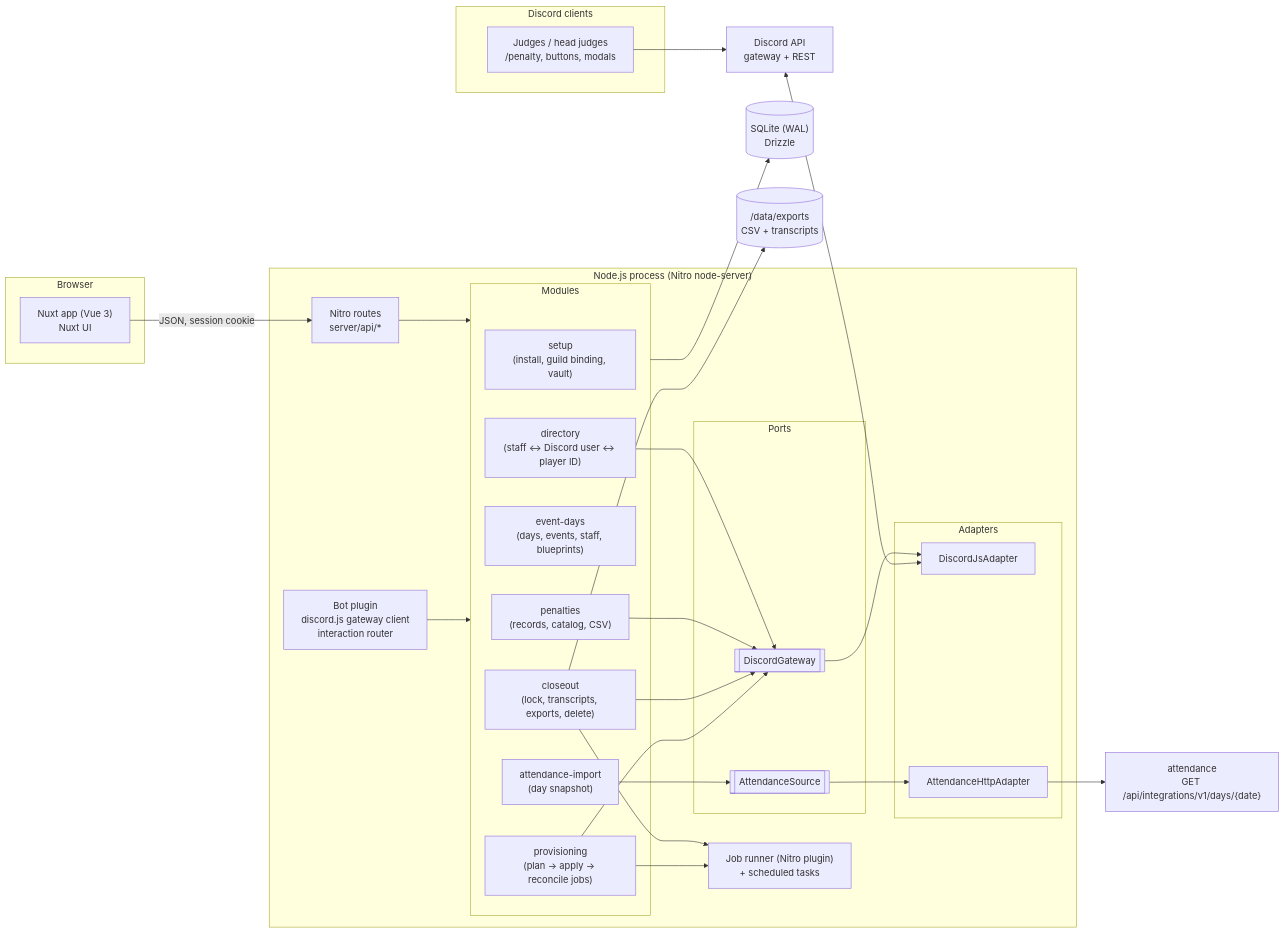
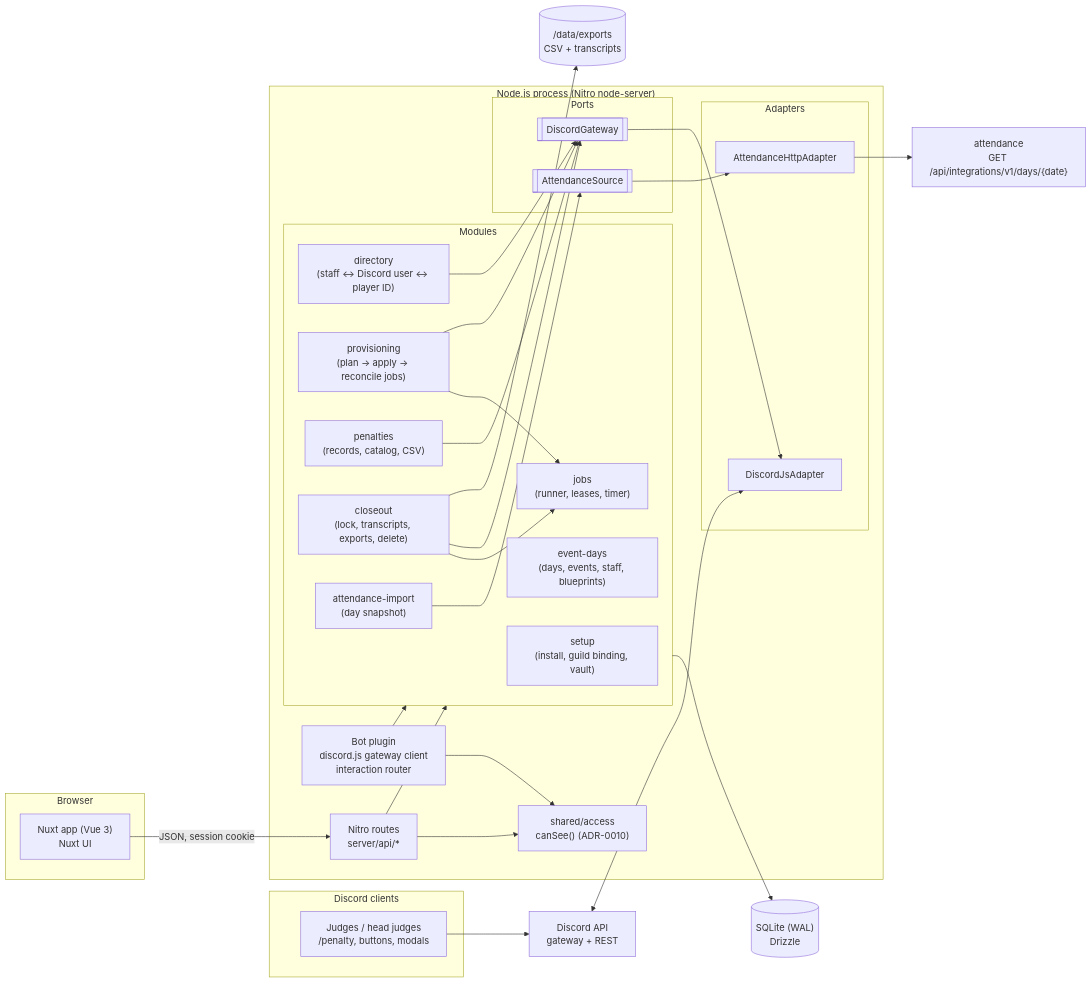
Before and after one commit to Towerism/discord-pokemon-tournament-genie: the first of 4 diagrams in docs/architecture/README.md, drawn with Mermaid. The commit also changed other lines of this file and 8 other files, not shown here.

First line of the commit message:
docs(architecture): address the adversarial review findings

````diff
--- a/docs/architecture/README.md
+++ b/docs/architecture/README.md
@@ -82,53 +82,56 @@
 ```mermaid
 flowchart LR
   subgraph Browser
     SPA["Nuxt app (Vue 3)<br/>Nuxt UI"]
   end
   subgraph DiscordClients["Discord clients"]
     J["Judges / head judges<br/>/penalty, buttons, modals"]
   end
 
   subgraph Server["Node.js process (Nitro node-server)"]
     API["Nitro routes<br/>server/api/*"]
     BOT["Bot plugin<br/>discord.js gateway client<br/>interaction router"]
     subgraph Modules
       SETUP["setup<br/>(install, guild binding, vault)"]
       DIR["directory<br/>(staff ↔ Discord user ↔ player ID)"]
       DAYS["event-days<br/>(days, events, staff, blueprints)"]
       PROV["provisioning<br/>(plan → apply → reconcile jobs)"]
       PEN["penalties<br/>(records, catalog, CSV)"]
       CLOSE["closeout<br/>(lock, transcripts, exports, delete)"]
       IMP["attendance-import<br/>(day snapshot)"]
+      JOBS["jobs<br/>(runner, leases, timer)"]
     end
-    JOBS["Job runner (Nitro plugin)<br/>+ scheduled tasks"]
+    ACC["shared/access<br/>canSee() (ADR-0010)"]
     subgraph Ports
       DG[["DiscordGateway"]]
       AS[["AttendanceSource"]]
     end
     subgraph Adapters
       DJS["DiscordJsAdapter"]
       AHTTP["AttendanceHttpAdapter"]
     end
   end
 
   DB[("SQLite (WAL)<br/>Drizzle")]
   FS[("/data/exports<br/>CSV + transcripts")]
   DISCORD["Discord API<br/>gateway + REST"]
   ATT["attendance<br/>GET /api/integrations/v1/days/{date}"]
 
   SPA -- "JSON, session cookie" --> API
   J --> DISCORD
   DISCORD <--> DJS
   BOT --> Modules
   API --> Modules
+  BOT --> ACC
+  API --> ACC
   PROV --> JOBS
   CLOSE --> JOBS
   PROV --> DG
   CLOSE --> DG
   PEN --> DG
   DIR --> DG
   IMP --> AS --> AHTTP --> ATT
   DG --> DJS
   Modules --> DB
   CLOSE --> FS
 ```
````
